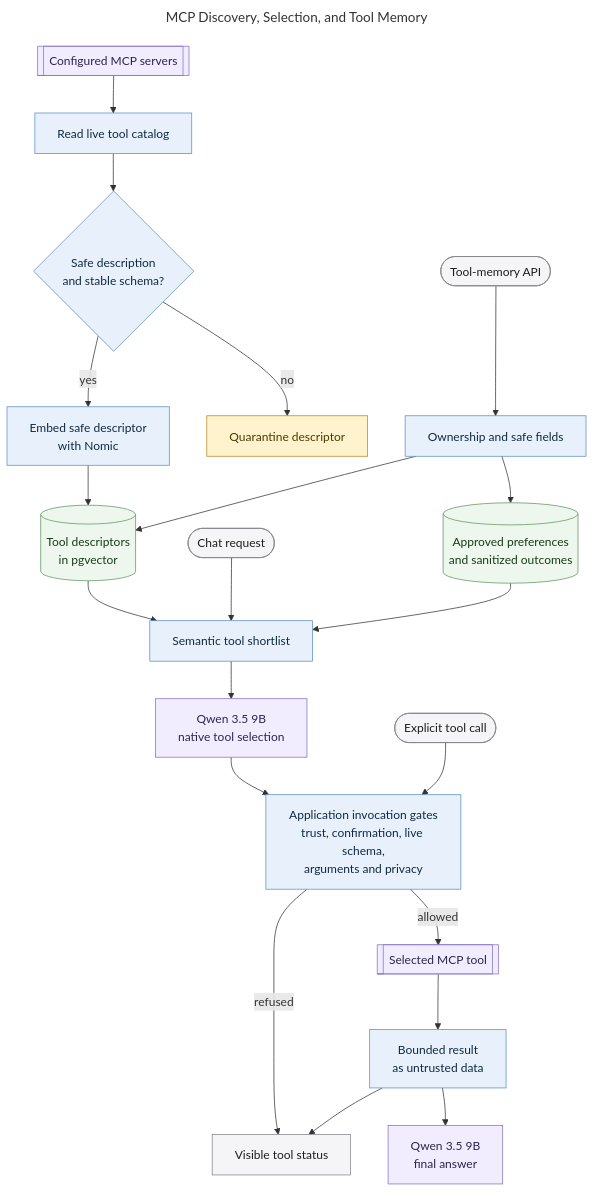
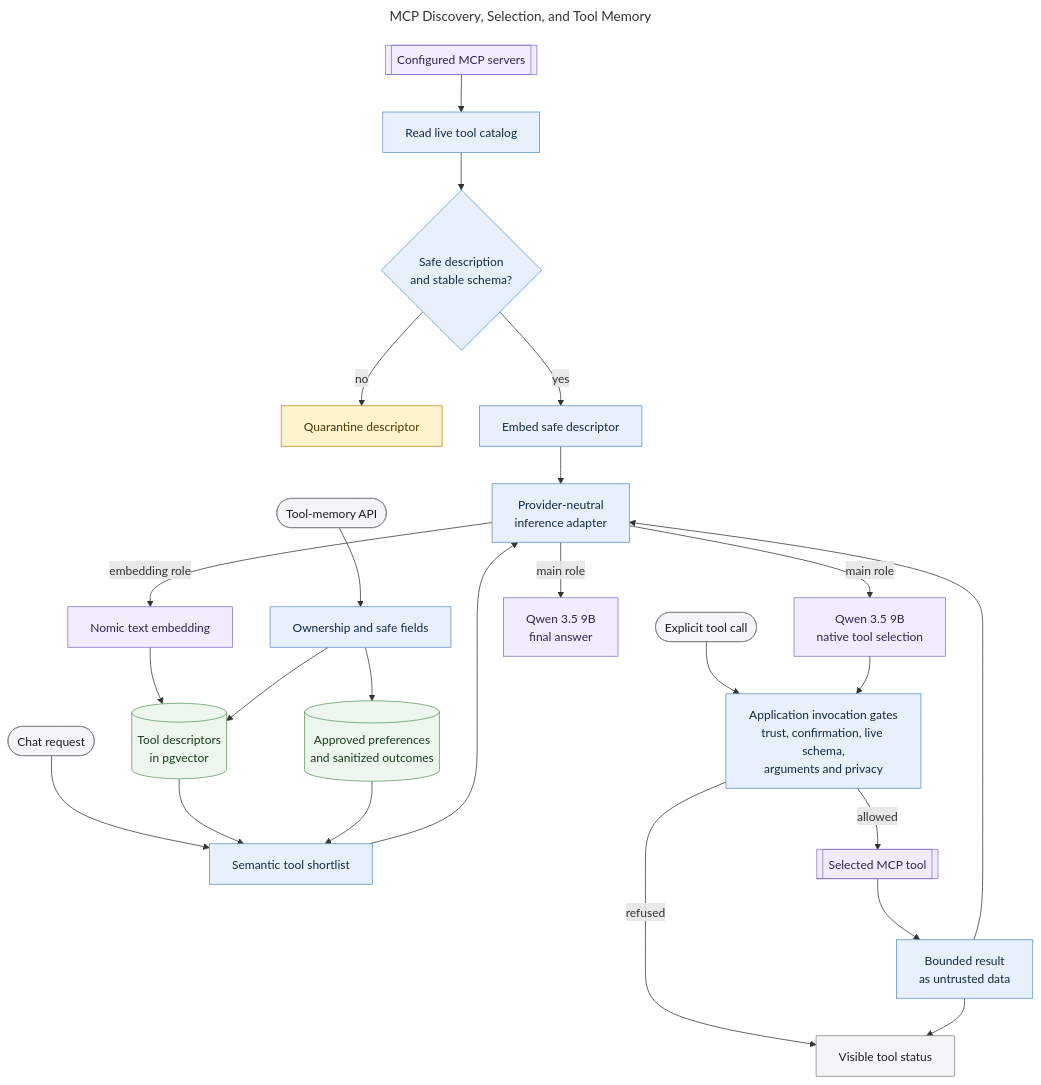
One commit to MallyaAni/PersonalAssistant changed the diagram in docs/diagrams/tool-memory-subsystem.mmd. Above: the diagram before and after it, drawn with Mermaid. The commit also changed 63 other files, not shown here.

```diff
--- a/docs/diagrams/tool-memory-subsystem.mmd
+++ b/docs/diagrams/tool-memory-subsystem.mmd
@@ -1,37 +1,41 @@
 ---
 title: MCP Discovery, Selection, and Tool Memory
 ---
 flowchart TB
     Servers[[Configured MCP servers]] --> Discover[Read live tool catalog]
     Discover --> Inspect{Safe description<br/>and stable schema?}
     Inspect -->|no| Quarantine[Quarantine descriptor]
-    Inspect -->|yes| Index[Embed safe descriptor<br/>with Nomic]
-    Index --> Store[(Tool descriptors<br/>in pgvector)]
+    Inspect -->|yes| Index[Embed safe descriptor]
+    Index --> Inference[Provider-neutral<br/>inference adapter]
+    Inference -->|embedding role| Nomic[Nomic text embedding]
+    Nomic --> Store[(Tool descriptors<br/>in pgvector)]
 
     Chat([Chat request]) --> Shortlist[Semantic tool shortlist]
     Store --> Shortlist
     Preferences[(Approved preferences<br/>and sanitized outcomes)] --> Shortlist
-    Shortlist --> Select[Qwen 3.5 9B<br/>native tool selection]
+    Shortlist --> Inference
+    Inference -->|main role| Select[Qwen 3.5 9B<br/>native tool selection]
 
     Explicit([Explicit tool call]) --> Gates
     Select --> Gates[Application invocation gates<br/>trust, confirmation, live schema,<br/>arguments and privacy]
     Gates -->|allowed| Server[[Selected MCP tool]]
     Gates -->|refused| Status[Visible tool status]
     Server --> Result[Bounded result<br/>as untrusted data]
-    Result --> Answer[Qwen 3.5 9B<br/>final answer]
+    Result --> Inference
+    Inference -->|main role| Answer[Qwen 3.5 9B<br/>final answer]
     Result --> Status
 
     MemoryAPI([Tool-memory API]) --> Validate[Ownership and safe fields]
     Validate --> Preferences
     Validate --> Store
 
     classDef interface fill:#f5f5f7,stroke:#86868b,color:#1d1d1f;
     classDef application fill:#e8f1fb,stroke:#5e8fc4,color:#102a43;
     classDef data fill:#eef7ee,stroke:#5f9562,color:#183b1b;
     classDef external fill:#f1edff,stroke:#8872c6,color:#2e2450;
     classDef warning fill:#fff3cd,stroke:#b78b20,color:#4d3900;
     class Chat,Explicit,MemoryAPI,Status interface;
-    class Discover,Inspect,Index,Shortlist,Gates,Result,Validate application;
+    class Discover,Inspect,Index,Shortlist,Inference,Gates,Result,Validate application;
     class Store,Preferences data;
-    class Servers,Server,Select,Answer external;
+    class Servers,Server,Nomic,Select,Answer external;
     class Quarantine warning;
```
